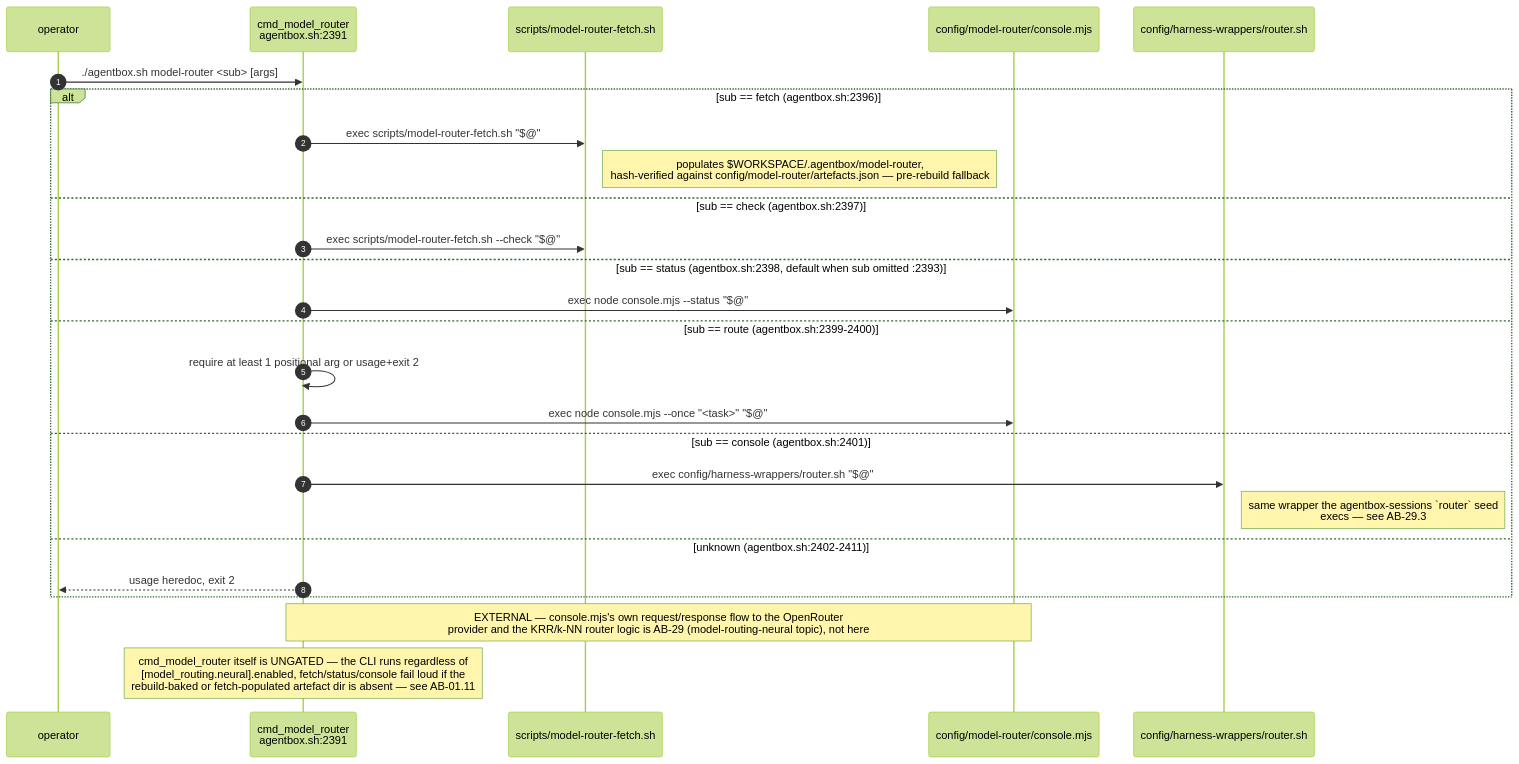
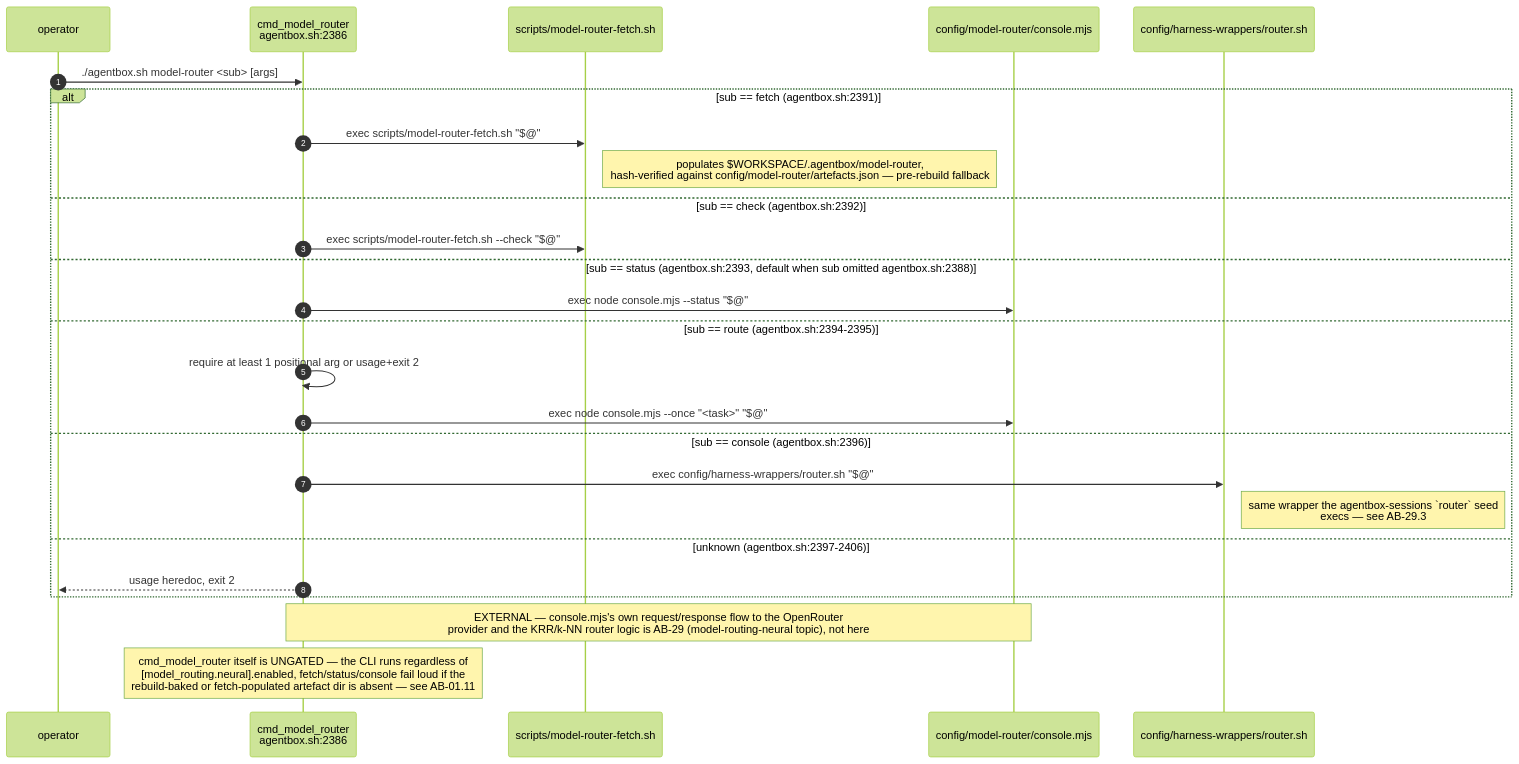
Before and after one commit to DreamLab-AI/VisionFlow: diagram 11 of 16 in docs/diagrams/agentbox/05-manifest-gates-and-cli.md, drawn with Mermaid (forest theme). The commit also changed other lines of this file and 5 other files, not shown here.

````diff
--- a/docs/diagrams/agentbox/05-manifest-gates-and-cli.md
+++ b/docs/diagrams/agentbox/05-manifest-gates-and-cli.md
@@ -359,30 +360,30 @@
 ```mermaid
 sequenceDiagram
     autonumber
     participant OP as operator
-    participant AB as cmd_model_router<br/>agentbox.sh:2391
+    participant AB as cmd_model_router<br/>agentbox.sh:2386
     participant FETCH as scripts/model-router-fetch.sh
     participant CONSOLE as config/model-router/console.mjs
     participant WRAP as config/harness-wrappers/router.sh
 
     OP->>AB: ./agentbox.sh model-router <sub> [args]
-    alt sub == fetch (agentbox.sh:2396)
+    alt sub == fetch (agentbox.sh:2391)
         AB->>FETCH: exec scripts/model-router-fetch.sh "$@"
         Note right of FETCH: populates $WORKSPACE/.agentbox/model-router,<br/>hash-verified against config/model-router/artefacts.json — pre-rebuild fallback
-    else sub == check (agentbox.sh:2397)
+    else sub == check (agentbox.sh:2392)
         AB->>FETCH: exec scripts/model-router-fetch.sh --check "$@"
-    else sub == status (agentbox.sh:2398, default when sub omitted :2393)
+    else sub == status (agentbox.sh:2393, default when sub omitted agentbox.sh:2388)
         AB->>CONSOLE: exec node console.mjs --status "$@"
-    else sub == route (agentbox.sh:2399-2400)
+    else sub == route (agentbox.sh:2394-2395)
         AB->>AB: require at least 1 positional arg or usage+exit 2
         AB->>CONSOLE: exec node console.mjs --once "<task>" "$@"
-    else sub == console (agentbox.sh:2401)
+    else sub == console (agentbox.sh:2396)
         AB->>WRAP: exec config/harness-wrappers/router.sh "$@"
         Note right of WRAP: same wrapper the agentbox-sessions `router` seed<br/>execs — see AB-29.3
-    else unknown (agentbox.sh:2402-2411)
+    else unknown (agentbox.sh:2397-2406)
         AB-->>OP: usage heredoc, exit 2
     end
 
     Note over AB,CONSOLE: EXTERNAL — console.mjs's own request/response flow to the OpenRouter<br/>provider and the KRR/k-NN router logic is AB-29 (model-routing-neural topic), not here
     Note over AB: cmd_model_router itself is UNGATED — the CLI runs regardless of<br/>[model_routing.neural].enabled, fetch/status/console fail loud if the<br/>rebuild-baked or fetch-populated artefact dir is absent — see AB-01.11
 ```
````
